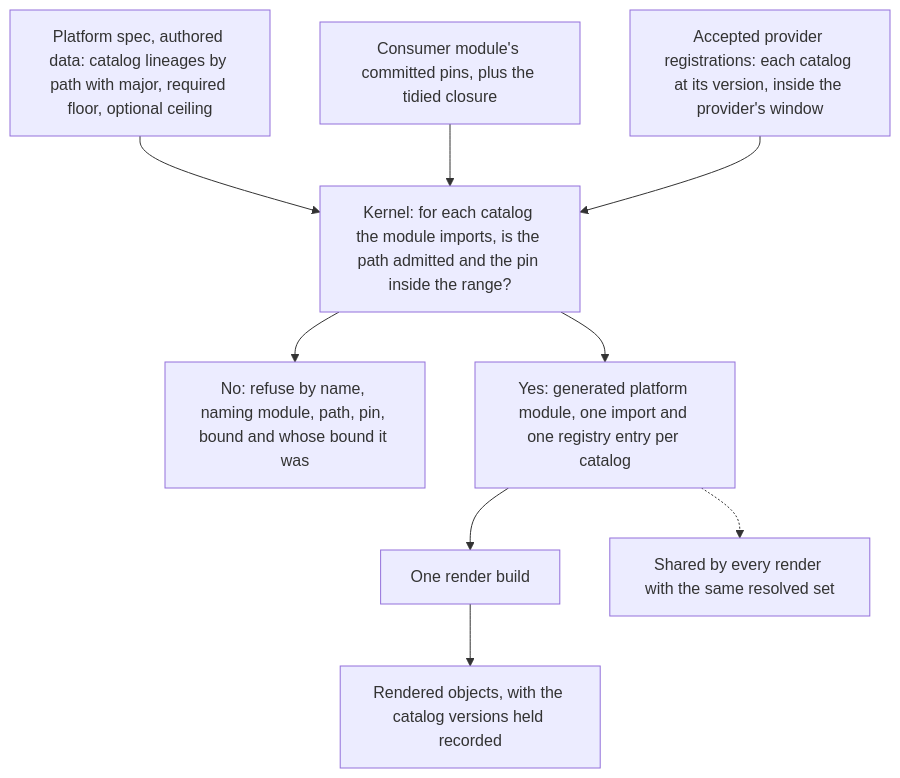
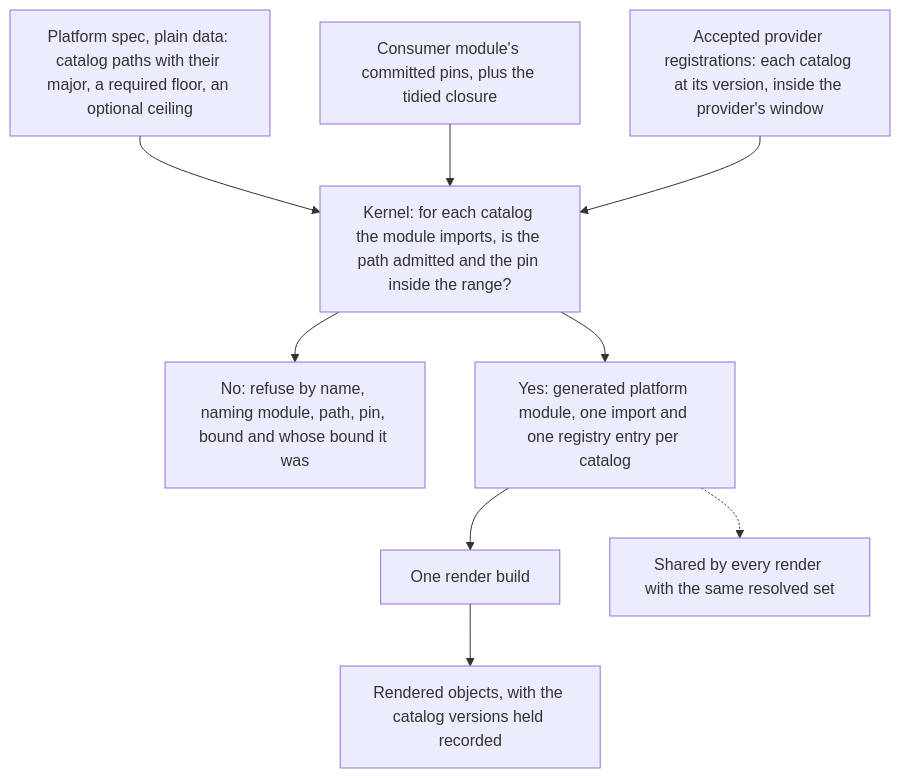
Before and after one commit to open-platform-model/enhancements: the diagram in 0026/README.md, drawn with Mermaid. The commit also changed other lines of this file and 37 other files, not shown here.

````diff
--- a/0026/README.md
+++ b/0026/README.md
@@ -23,11 +23,11 @@
 ```mermaid
 flowchart TD
-    spec["Platform spec, authored data: catalog lineages by path with major, required floor, optional ceiling"] --> kernel
+    spec["Platform spec, plain data: catalog paths with their major, a required floor, an optional ceiling"] --> kernel
     pins["Consumer module's committed pins, plus the tidied closure"] --> kernel
     reg["Accepted provider registrations: each catalog at its version, inside the provider's window"] --> kernel
     kernel["Kernel: for each catalog the module imports, is the path admitted and the pin inside the range?"] --> refuse["No: refuse by name, naming module, path, pin, bound and whose bound it was"]
     kernel --> gen["Yes: generated platform module, one import and one registry entry per catalog"]
     gen --> build["One render build"]
     build --> rendered["Rendered objects, with the catalog versions held recorded"]
     gen -.-> share["Shared by every render with the same resolved set"]
 ```
````
